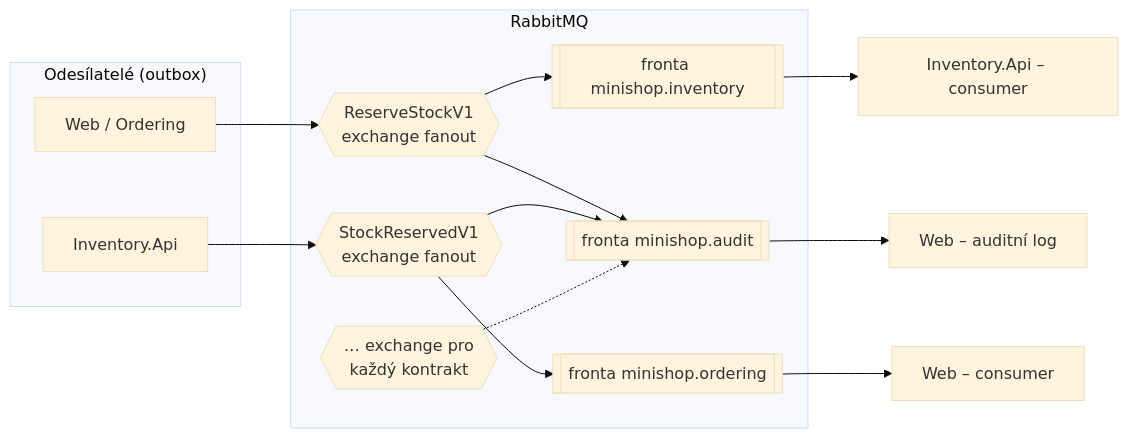
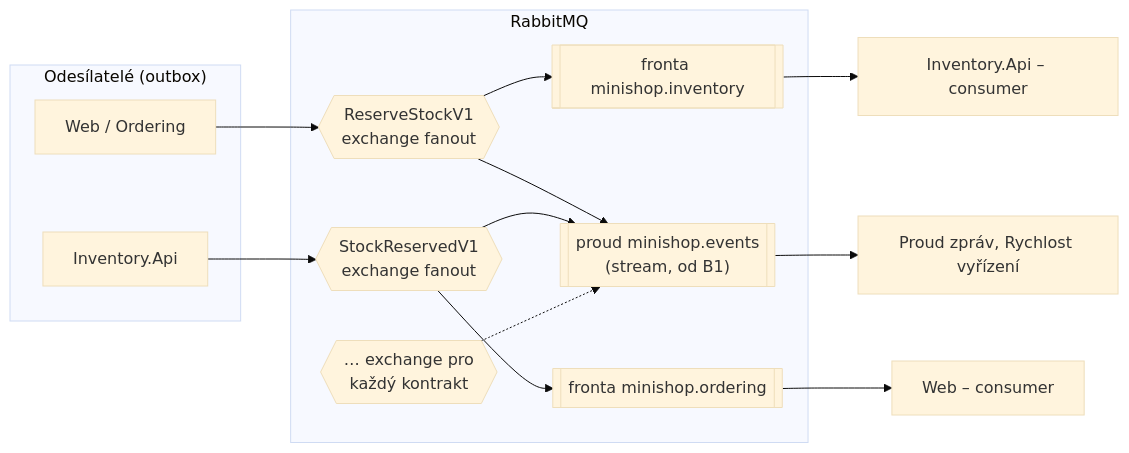
The diagram in docs/prirucka/eda/broker.md (ftichy/MiniShop), drawn with Mermaid (base theme) before and after one commit. The commit also changed other lines of this file and 23 other files, not shown here.

First line of the commit message:
Proud krok B3: bez auditní fronty

````diff
--- a/docs/prirucka/eda/broker.md
+++ b/docs/prirucka/eda/broker.md
@@ -12,27 +12,27 @@
 ```mermaid
 flowchart LR
     subgraph pub["Odesílatelé (outbox)"]
         web1[Web / Ordering]
         inv1[Inventory.Api]
     end
 
     subgraph rabbit["RabbitMQ"]
         x1{{"ReserveStockV1<br/>exchange fanout"}}
         x2{{"StockReservedV1<br/>exchange fanout"}}
         x3{{"… exchange pro<br/>každý kontrakt"}}
         q1[["fronta minishop.inventory"]]
         q2[["fronta minishop.ordering"]]
-        q3[["fronta minishop.audit"]]
+        q3[["proud minishop.events<br/>(stream, od B1)"]]
     end
 
     web1 --> x1
     inv1 --> x2
     x1 --> q1
     x1 --> q3
     x2 --> q2
     x2 --> q3
     x3 -.-> q3
     q1 --> inv2[Inventory.Api – consumer]
     q2 --> web2[Web – consumer]
-    q3 --> audit[Web – auditní log]
+    q3 --> audit[Proud zpráv, Rychlost vyřízení]
 ```
````
